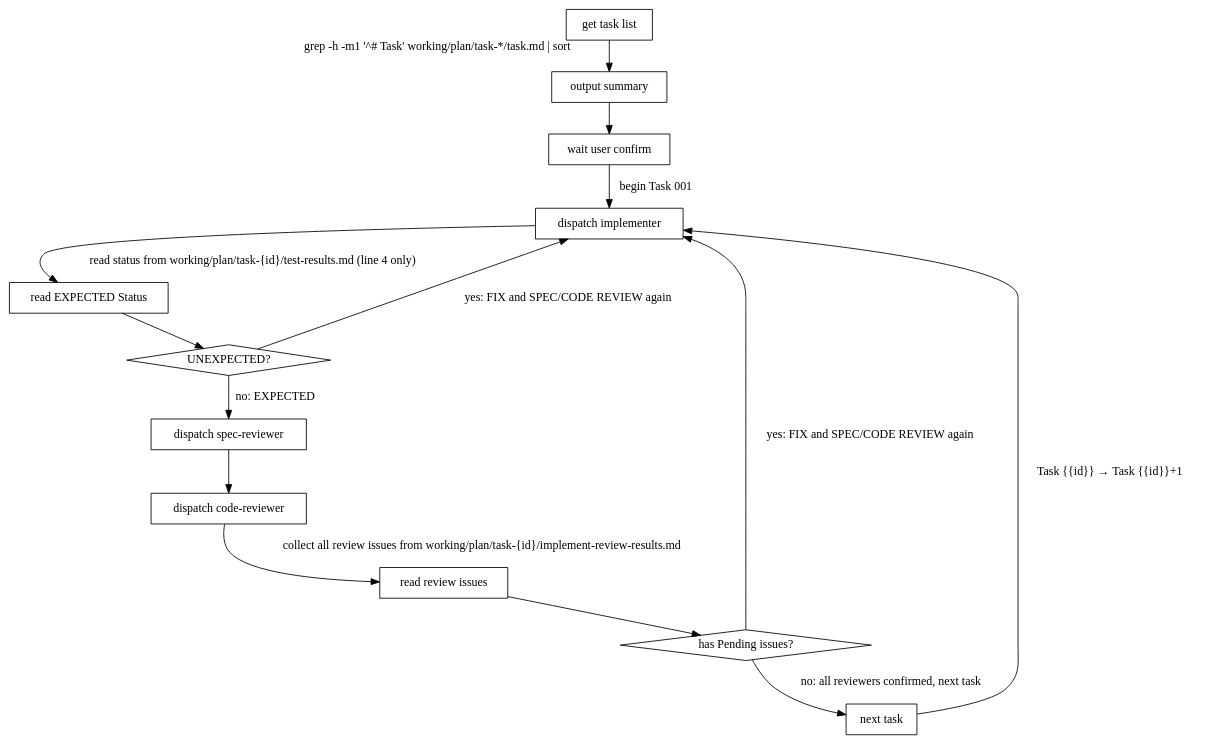
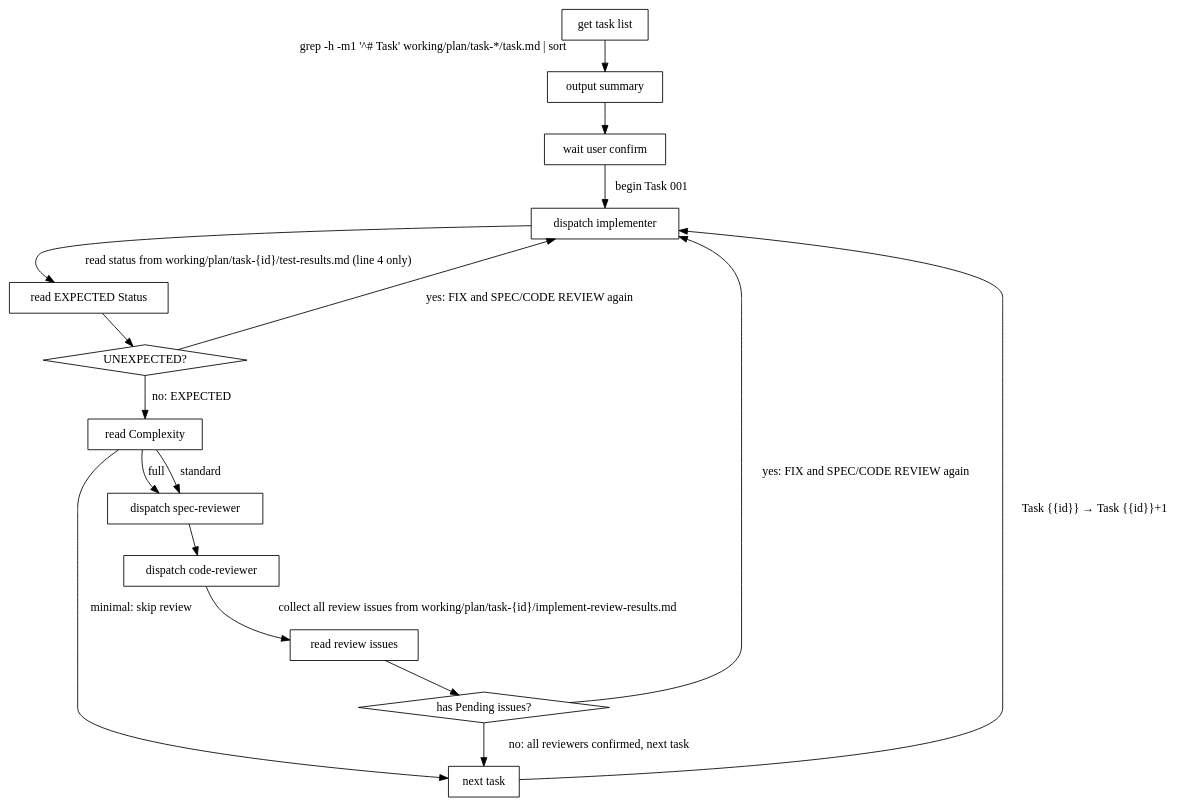
One commit to yueliang13/metastate changed the diagram in dist/coding/skills/executing/SKILL.md. Above: the diagram before and after it, drawn with Graphviz. The commit also changed other lines of this file and 6 other files, not shown here.

````diff
--- a/dist/coding/skills/executing/SKILL.md
+++ b/dist/coding/skills/executing/SKILL.md
@@ -111,34 +111,38 @@
 ```dot
 digraph executing_flow {
   "get task list" [shape=box]
   "output summary" [shape=box]
   "wait user confirm" [shape=box]
   "dispatch implementer" [shape=box]
   "read EXPECTED Status" [shape=box]
   "UNEXPECTED?" [shape=diamond]
+  "read Complexity" [shape=box]
 
   "dispatch spec-reviewer" [shape=box]
 
   "dispatch code-reviewer" [shape=box]
 
   "read review issues" [shape=box]
   "has Pending issues?" [shape=diamond]
   "next task" [shape=box]
 
   "get task list" -> "output summary" [taillabel="grep -h -m1 '^# Task' working/plan/task-*/task.md | sort"]
   "output summary" -> "wait user confirm"
   "wait user confirm" -> "dispatch implementer" [label="begin Task 001"]
   "dispatch implementer" -> "read EXPECTED Status" [label="read status from working/plan/task-{id}/test-results.md (line 4 only)"]
   "read EXPECTED Status" -> "UNEXPECTED?"
   "UNEXPECTED?" -> "dispatch implementer" [label="yes: FIX and SPEC/CODE REVIEW again"]
-  "UNEXPECTED?" -> "dispatch spec-reviewer" [label="no: EXPECTED"]
+  "UNEXPECTED?" -> "read Complexity" [label="no: EXPECTED"]
+  "read Complexity" -> "dispatch spec-reviewer" [label="full"]
+  "read Complexity" -> "dispatch spec-reviewer" [label="standard"]
+  "read Complexity" -> "next task" [label="minimal: skip review"]
 
   "dispatch spec-reviewer" -> "dispatch code-reviewer"
 
   "dispatch code-reviewer" -> "read review issues" [label="collect all review issues from working/plan/task-{id}/implement-review-results.md"]
   "read review issues" -> "has Pending issues?"
   "has Pending issues?" -> "dispatch implementer" [label="yes: FIX and SPEC/CODE REVIEW again"]
   "has Pending issues?" -> "next task" [label="no: all reviewers confirmed, next task"]
   "next task" -> "dispatch implementer" [label="Task {{id}} → Task {{id}}+1"]
 }
 ```
````
